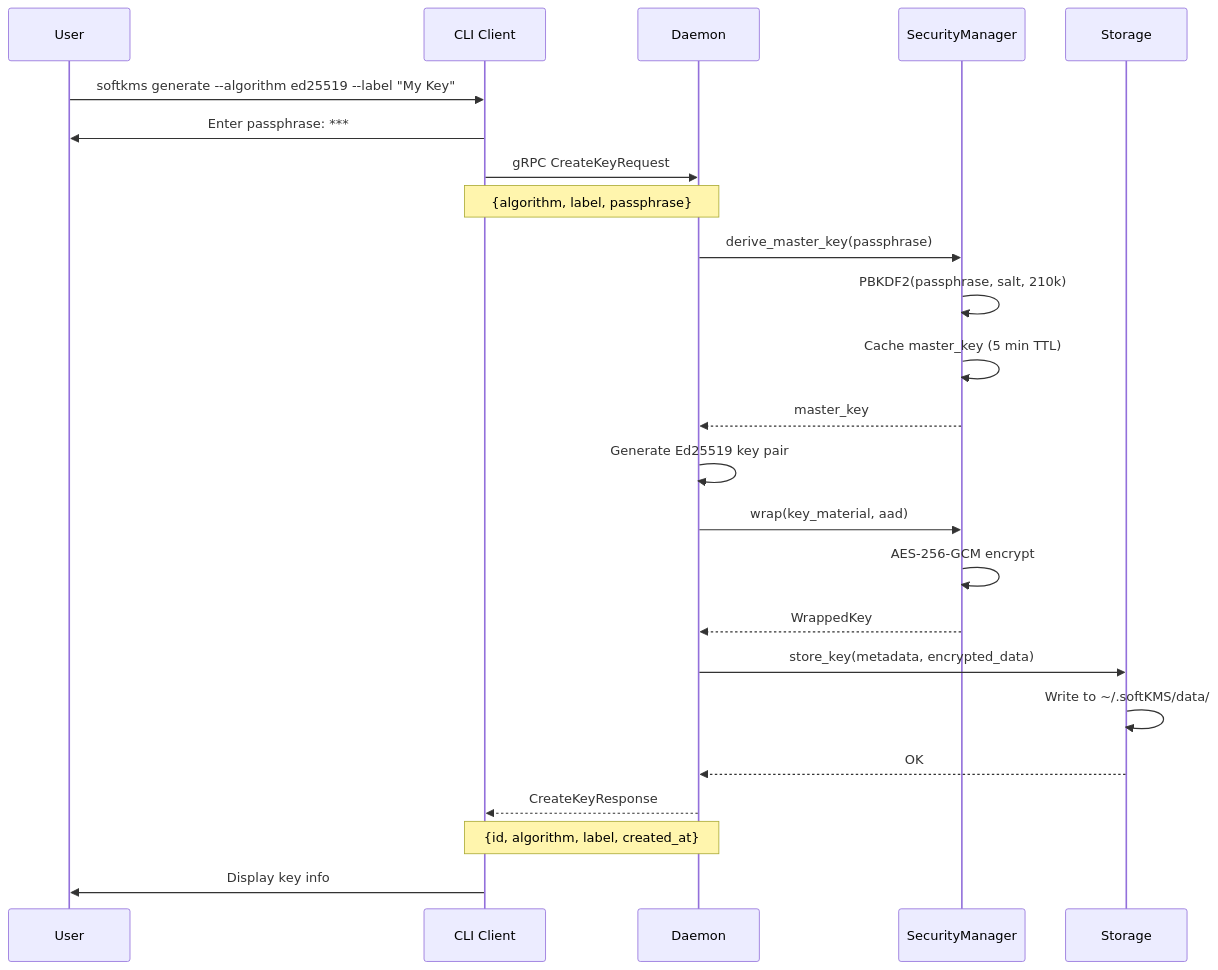
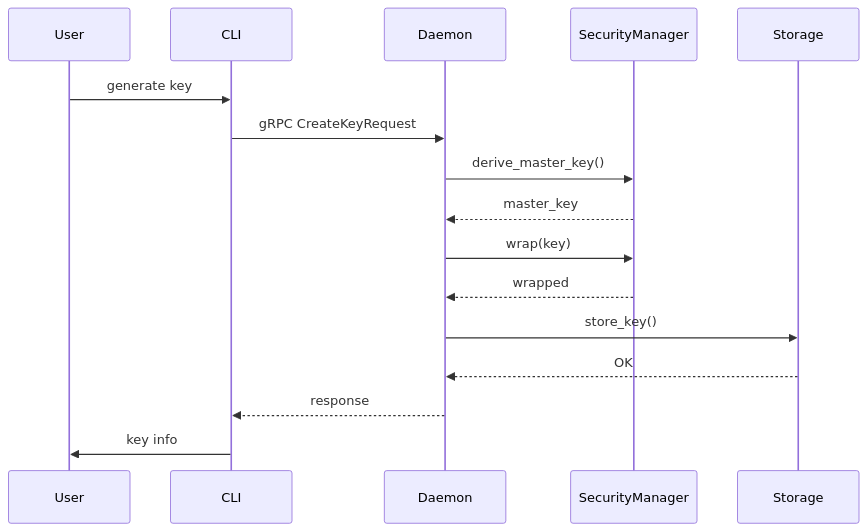
The fourth of 7 diagrams in docs/CLI_DAEMON_ARCHITECTURE.md (ehanoc/softKMS), drawn with Mermaid before and after one commit. The commit also changed other lines of this file and 8 other files, not shown here.

````diff
--- a/docs/CLI_DAEMON_ARCHITECTURE.md
+++ b/docs/CLI_DAEMON_ARCHITECTURE.md
@@ -105,31 +87,19 @@
 ```mermaid
 sequenceDiagram
     participant U as User
-    participant CLI as CLI Client
+    participant CLI as CLI
     participant D as Daemon
     participant SM as SecurityManager
     participant S as Storage
 
-    U->>CLI: softkms generate --algorithm ed25519 --label "My Key"
-    CLI->>U: Enter passphrase: ***
+    U->>CLI: generate key
     CLI->>D: gRPC CreateKeyRequest
-    Note over CLI,D: {algorithm, label, passphrase}
-    
-    D->>SM: derive_master_key(passphrase)
-    SM->>SM: PBKDF2(passphrase, salt, 210k)
-    SM->>SM: Cache master_key (5 min TTL)
+    D->>SM: derive_master_key()
     SM-->>D: master_key
-    
-    D->>D: Generate Ed25519 key pair
-    D->>SM: wrap(key_material, aad)
-    SM->>SM: AES-256-GCM encrypt
-    SM-->>D: WrappedKey
-    
-    D->>S: store_key(metadata, encrypted_data)
-    S->>S: Write to ~/.softKMS/data/
+    D->>SM: wrap(key)
+    SM-->>D: wrapped
+    D->>S: store_key()
     S-->>D: OK
-    
-    D-->>CLI: CreateKeyResponse
-    Note over D,CLI: {id, algorithm, label, created_at}
-    CLI->>U: Display key info
+    D-->>CLI: response
+    CLI->>U: key info
 ```
````
